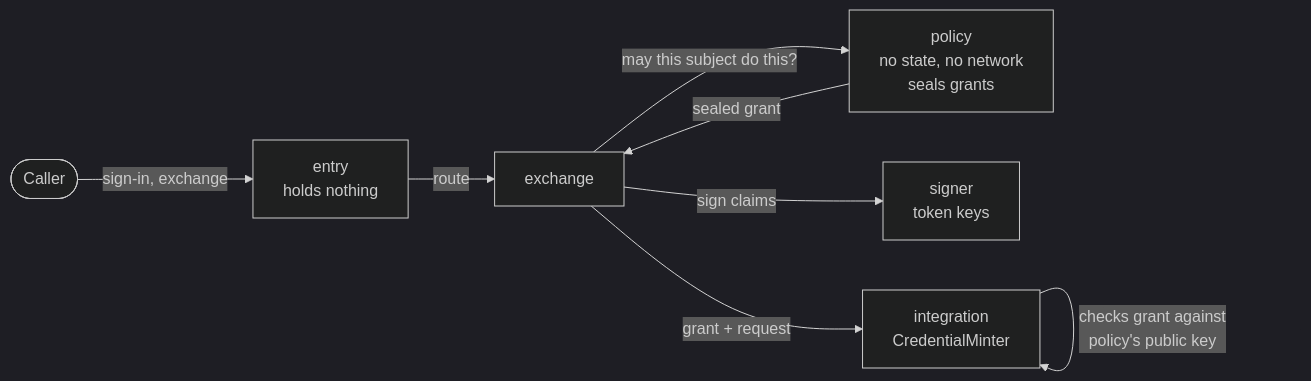
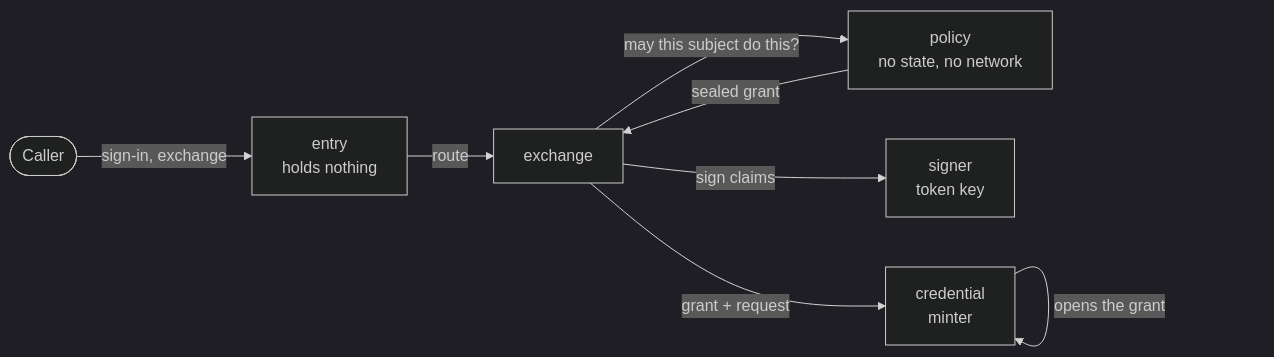
Before and after one commit to truvity/sluis: the diagram in docs/concepts/actors.md, drawn with Mermaid (dark theme). The commit also changed other lines of this file and 118 other files, not shown here.

````diff
--- a/docs/concepts/actors.md
+++ b/docs/concepts/actors.md
@@ -149,10 +82,10 @@
 ```mermaid
 flowchart LR
   user(["Caller"]) -->|"sign-in, exchange"| entry["entry<br/>holds nothing"]
   entry -->|"route"| xchg["exchange"]
-  xchg -->|"may this subject do this?"| policy["policy<br/>no state, no network<br/>seals grants"]
+  xchg -->|"may this subject do this?"| policy["policy<br/>no state, no network"]
   policy -->|"sealed grant"| xchg
-  xchg -->|"sign claims"| signer["signer<br/>token keys"]
-  xchg -->|"grant + request"| minter["integration<br/>CredentialMinter"]
-  minter -->|"checks grant against<br/>policy's public key"| minter
+  xchg -->|"sign claims"| signer["signer<br/>token key"]
+  xchg -->|"grant + request"| minter["credential<br/>minter"]
+  minter -->|"opens the grant"| minter
 ```
````
